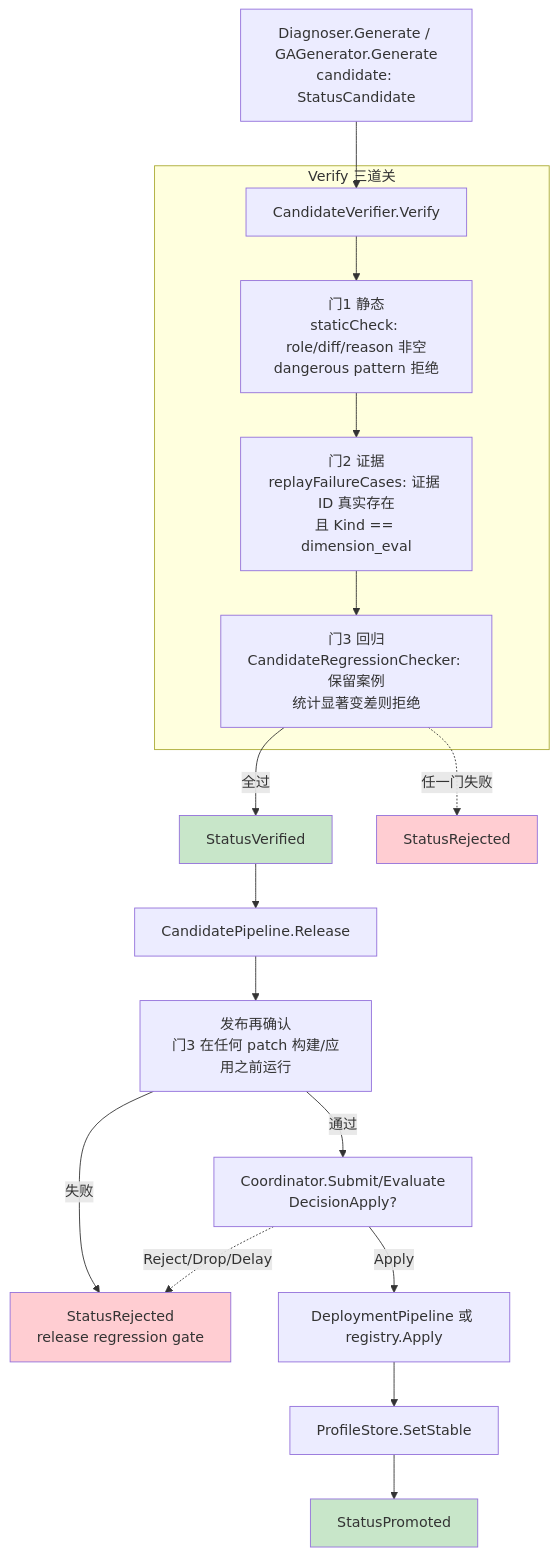
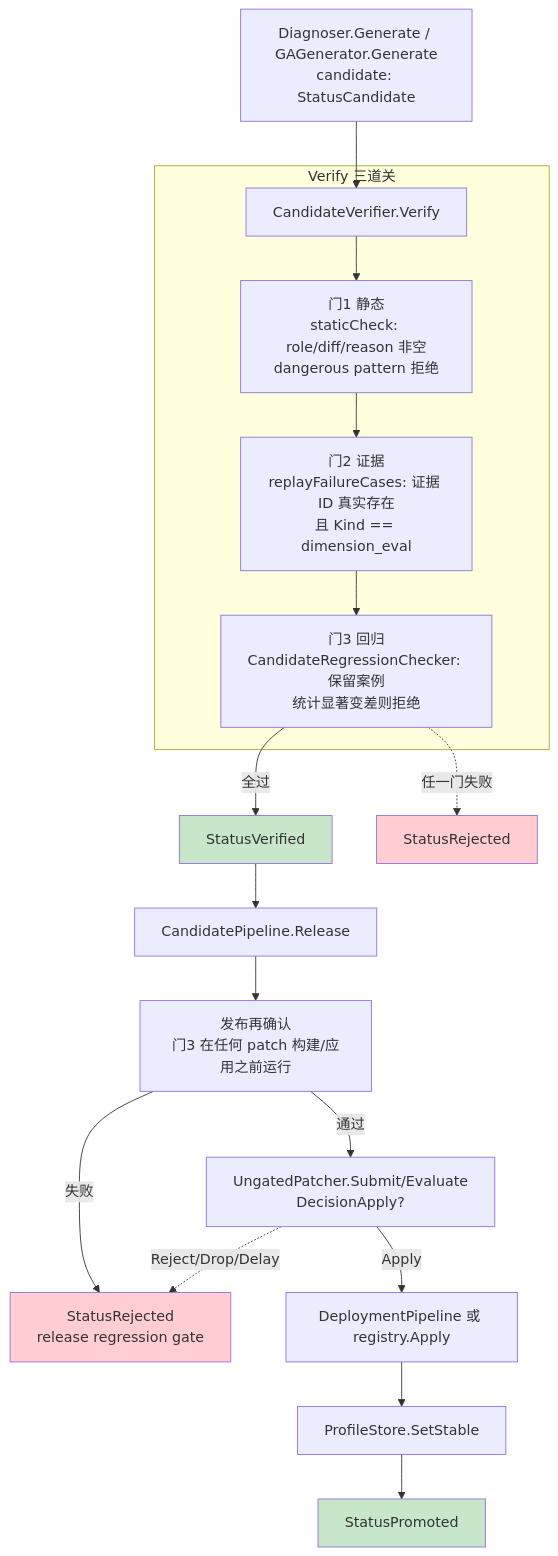
The second of 4 diagrams in docs/articles/zh/11-autonomous-evolution-deep-dive.md (Timwood0x10/ARES), drawn with Mermaid before and after one commit. The commit also changed other lines of this file and 330 other files, not shown here.

````diff
--- a/docs/articles/zh/11-autonomous-evolution-deep-dive.md
+++ b/docs/articles/zh/11-autonomous-evolution-deep-dive.md
@@ -148,27 +148,27 @@
 ```mermaid
 graph TD
     NEW[Diagnoser.Generate / GAGenerator.Generate<br/>candidate: StatusCandidate] --> V[CandidateVerifier.Verify]
 
     subgraph "Verify 三道关"
         V --> G1[门1 静态<br/>staticCheck: role/diff/reason 非空<br/>dangerous pattern 拒绝]
         G1 --> G2[门2 证据<br/>replayFailureCases: 证据 ID 真实存在<br/>且 Kind == dimension_eval]
         G2 --> G3[门3 回归<br/>CandidateRegressionChecker: 保留案例<br/>统计显著变差则拒绝]
     end
 
     G3 -->|"全过"| VER[StatusVerified]
     G3 -.->|"任一门失败"| REJ1[StatusRejected]
 
     VER --> REL[CandidatePipeline.Release]
     REL --> R3[发布再确认<br/>门3 在任何 patch 构建/应用之前运行]
-    R3 -->|"通过"| RUN[Coordinator.Submit/Evaluate<br/>DecisionApply?]
+    R3 -->|"通过"| RUN[UngatedPatcher.Submit/Evaluate<br/>DecisionApply?]
     R3 -->|"失败"| REJ2[StatusRejected<br/>release regression gate]
     RUN -->|"Apply"| DEP[DeploymentPipeline 或 registry.Apply]
     RUN -.->|"Reject/Drop/Delay"| REJ2
     DEP --> ST[ProfileStore.SetStable]
     ST --> PRO[StatusPromoted]
 
     style VER fill:#c8e6c9
     style PRO fill:#c8e6c9
     style REJ1 fill:#ffcdd2
     style REJ2 fill:#ffcdd2
 ```
````
